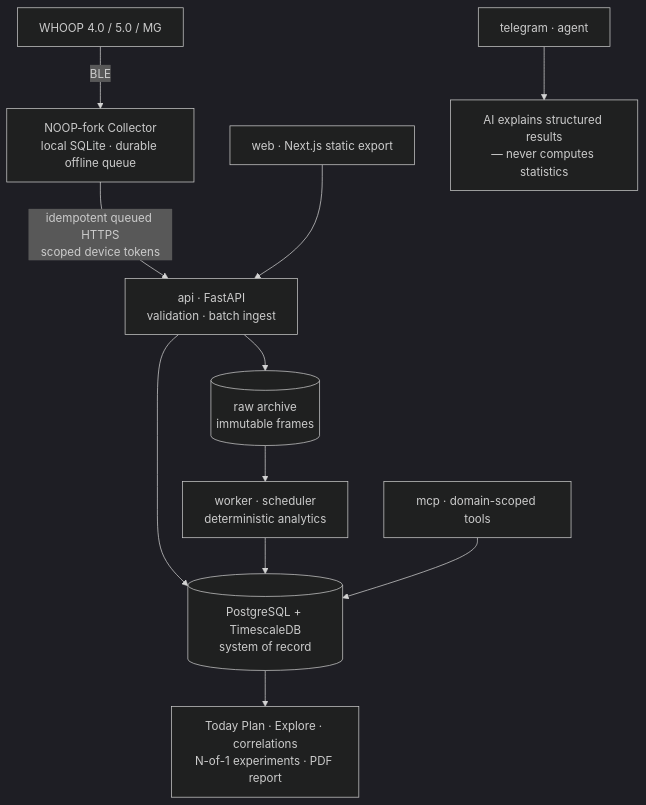
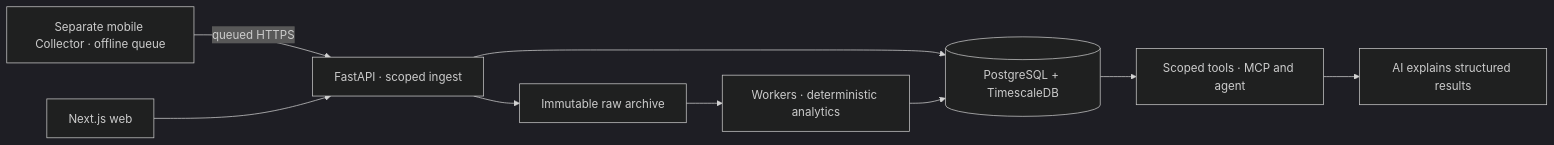
One commit to Gjusev/somatriq changed the diagram in README.md. Above: the diagram before and after it, drawn with Mermaid (dark theme). The commit also changed other lines of this file and 3 other files, not shown here.

````diff
--- a/README.md
+++ b/README.md
@@ -59,13 +49,11 @@
 ```mermaid
-flowchart TB
-    B[WHOOP 4.0 / 5.0 / MG] -- BLE --> C[NOOP-fork Collector<br/>local SQLite · durable offline queue]
-    C -- idempotent queued HTTPS<br/>scoped device tokens --> ING[api · FastAPI<br/>validation · batch ingest]
-    ING --> RAW[(raw archive<br/>immutable frames)]
-    ING --> PG[(PostgreSQL + TimescaleDB<br/>system of record)]
-    WRK[worker · scheduler<br/>deterministic analytics] --> PG
-    RAW --> WRK
-    WEB[web · Next.js static export] --> ING
-    MCP[mcp · domain-scoped tools] --> PG
-    TG[telegram · agent] --> LLM[AI explains structured results<br/>— never computes statistics]
-    PG --> OUT[Today Plan · Explore · correlations<br/>N-of-1 experiments · PDF report]
+flowchart LR
+    COL["Separate mobile Collector · offline queue"] -->|"queued HTTPS"| API["FastAPI · scoped ingest"]
+    API --> RAW["Immutable raw archive"]
+    API --> DB[(PostgreSQL + TimescaleDB)]
+    RAW --> WORK["Workers · deterministic analytics"]
+    WORK --> DB
+    WEB["Next.js web"] --> API
+    DB --> TOOLS["Scoped tools · MCP and agent"]
+    TOOLS --> AI["AI explains structured results"]
 ```
````
